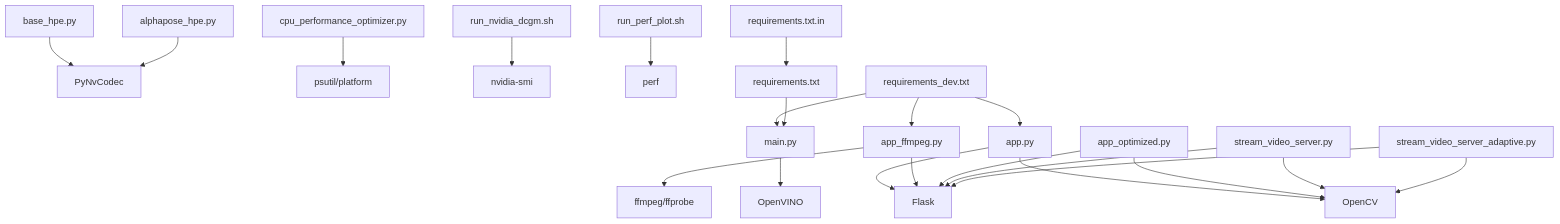
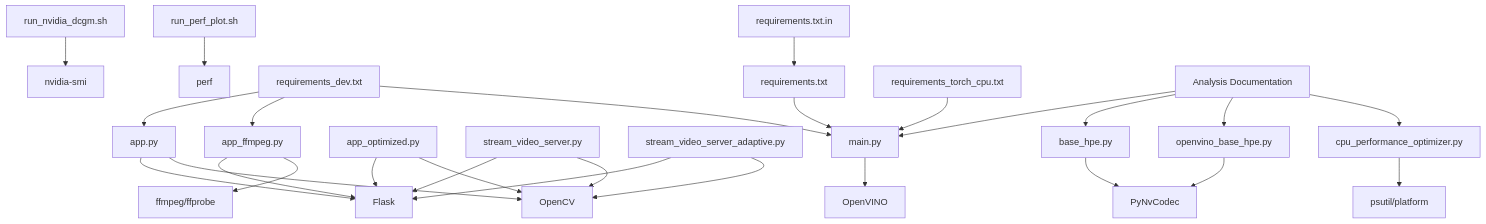
Before and after one commit to Fogus-Gr/MeasurementsDTs: diagram 14 of 14 in .qoder/repowiki/en/content/Development Tools/Development Tools.md, drawn with Mermaid. The commit also changed other lines of this file and 14 other files, not shown here.

````diff
--- a/.qoder/repowiki/en/content/Development Tools/Development Tools.md
+++ b/.qoder/repowiki/en/content/Development Tools/Development Tools.md
@@ -516,35 +713,42 @@
 ```mermaid
 graph TB
 Flask["Flask"]
 OpenCV["OpenCV"]
 FFmpeg["ffmpeg/ffprobe"]
 OpenVINO["OpenVINO"]
 PyNvCodec["PyNvCodec"]
 PSUtil["psutil/platform"]
 DCGM["nvidia-smi"]
 Perf["perf"]
 ReqsDev["requirements_dev.txt"]
 ReqsProd["requirements.txt"]
 ReqsTemplate["requirements.txt.in"]
+ReqsTorchCPU["requirements_torch_cpu.txt"]
+AnalysisDocs["Analysis Documentation"]
 app_py["app.py"] --> Flask
 app_py --> OpenCV
 app_ffmpeg["app_ffmpeg.py"] --> Flask
 app_ffmpeg --> FFmpeg
 app_optimized["app_optimized.py"] --> Flask
 app_optimized --> OpenCV
 stream_dev["stream_video_server.py"] --> Flask
 stream_dev --> OpenCV
 stream_adapt["stream_video_server_adaptive.py"] --> Flask
 stream_adapt --> OpenCV
 main_mod["main.py"] --> OpenVINO
 base_hpe["base_hpe.py"] --> PyNvCodec
-alphapose_hpe["alphapose_hpe.py"] --> PyNvCodec
+openvino_hpe["openvino_base_hpe.py"] --> PyNvCodec
 cpu_opt["cpu_performance_optimizer.py"] --> PSUtil
 prof_gpu["run_nvidia_dcgm.sh"] --> DCGM
 prof_cpu["run_perf_plot.sh"] --> Perf
 ReqsDev --> app_py
 ReqsDev --> app_ffmpeg
 ReqsDev --> main_mod
 ReqsProd --> main_mod
 ReqsTemplate --> ReqsProd
+ReqsTorchCPU --> main_mod
+AnalysisDocs --> main_mod
+AnalysisDocs --> base_hpe
+AnalysisDocs --> openvino_hpe
+AnalysisDocs --> cpu_opt
 ```
````
